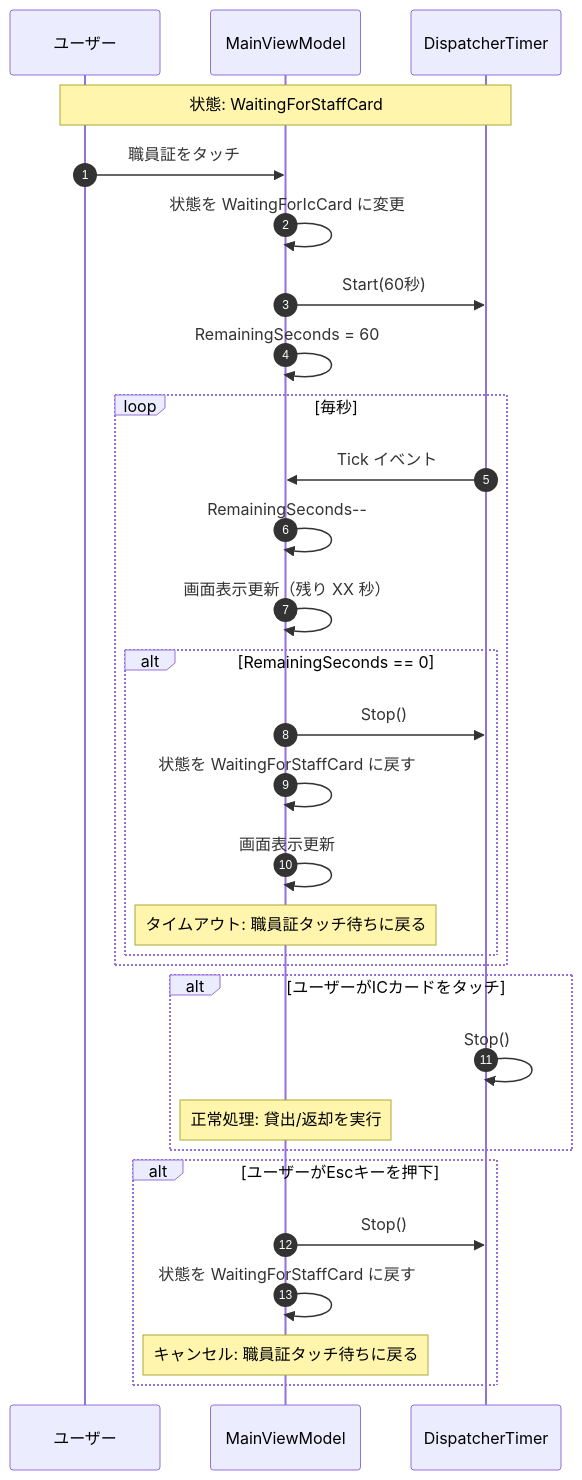
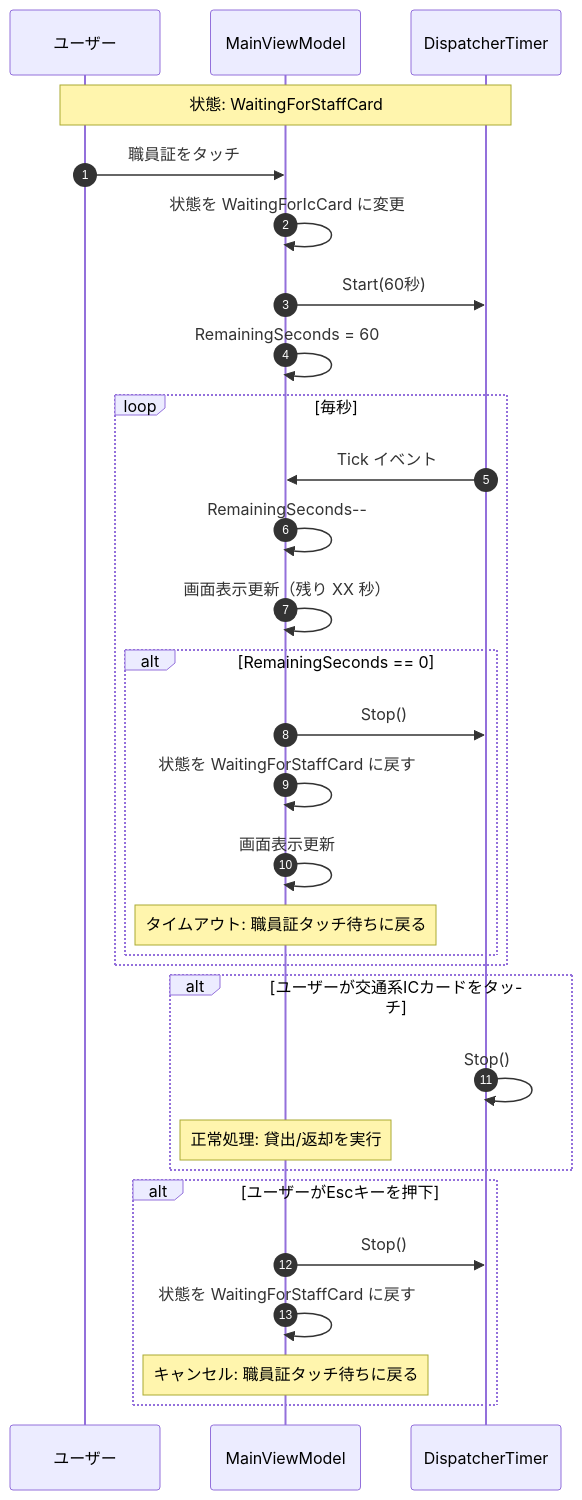
The seventh of 14 diagrams in ICCardManager/docs/design/06_シーケンス図.md (kuwayamamasayuki/ICCardManager), drawn with Mermaid before and after one commit. The commit also changed other lines of this file, not shown here.

First line of the commit message:
docs: 06_シーケンス図を実装へ整合（サウンドAPI・バックアップ手段・用語）（ドリフト監査 D1/D9） (#1644)

````diff
--- a/ICCardManager/docs/design/06_シーケンス図.md
+++ b/ICCardManager/docs/design/06_シーケンス図.md
@@ -390,39 +390,39 @@
 ```mermaid
 sequenceDiagram
     autonumber
     participant User as ユーザー
     participant VM as MainViewModel
     participant Timer as DispatcherTimer
 
     Note over User,Timer: 状態: WaitingForStaffCard
 
     User->>VM: 職員証をタッチ
 
     VM->>VM: 状態を WaitingForIcCard に変更
     VM->>Timer: Start(60秒)
     VM->>VM: RemainingSeconds = 60
 
     loop 毎秒
         Timer->>VM: Tick イベント
         VM->>VM: RemainingSeconds--
         VM->>VM: 画面表示更新（残り XX 秒）
 
         alt RemainingSeconds == 0
             VM->>Timer: Stop()
             VM->>VM: 状態を WaitingForStaffCard に戻す
             VM->>VM: 画面表示更新
             Note over VM: タイムアウト: 職員証タッチ待ちに戻る
         end
     end
 
-    alt ユーザーがICカードをタッチ
+    alt ユーザーが交通系ICカードをタッチ
         Timer->>Timer: Stop()
         Note over VM: 正常処理: 貸出/返却を実行
     end
 
     alt ユーザーがEscキーを押下
         VM->>Timer: Stop()
         VM->>VM: 状態を WaitingForStaffCard に戻す
         Note over VM: キャンセル: 職員証タッチ待ちに戻る
     end
 ```
````
